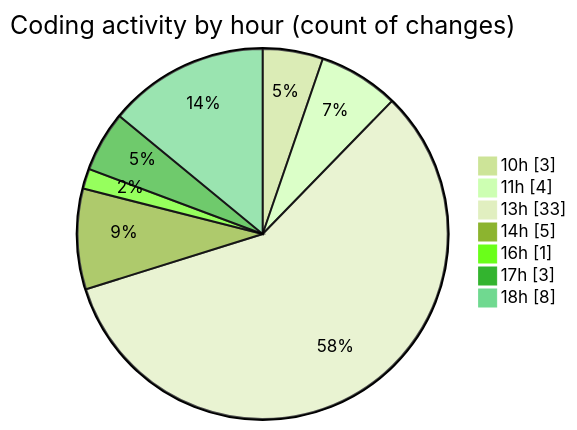
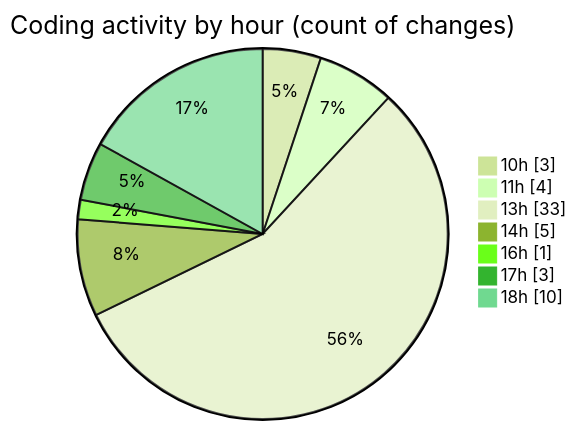
The second of 2 diagrams in 2025-08-14/cda/README.md (momahboobian/code-tracking), drawn with Mermaid (forest theme) before and after one commit. The commit also changed other lines of this file and 1 other file, not shown here.

````diff
--- a/2025-08-14/cda/README.md
+++ b/2025-08-14/cda/README.md
@@ -50,11 +50,11 @@
 ```mermaid
 pie showData
 title Coding activity by hour (count of changes)
 "10h" : 3
 "11h" : 4
 "13h" : 33
 "14h" : 5
 "16h" : 1
 "17h" : 3
-"18h" : 8
+"18h" : 10
 ```
````
